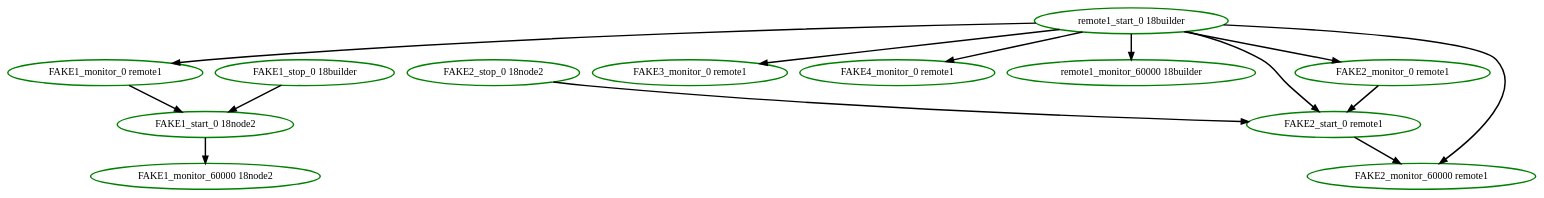
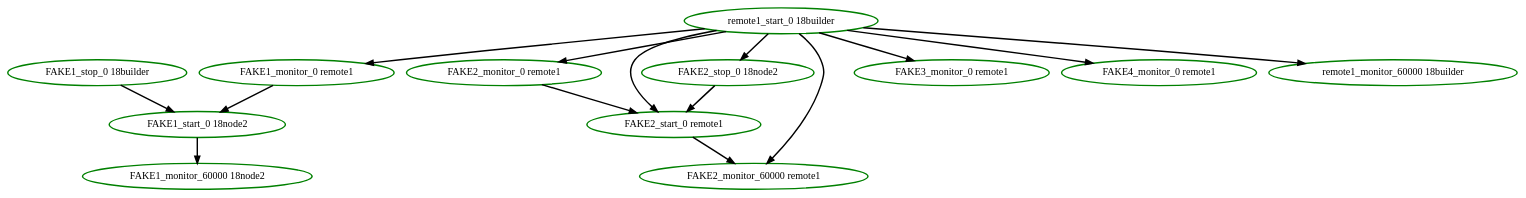
The diagram in cts/scheduler/remote-startup-probes.dot (ClusterLabs/pacemaker), drawn with Graphviz before and after one commit. The commit also changed 16 other files, not shown here.

```diff
--- a/cts/scheduler/remote-startup-probes.dot
+++ b/cts/scheduler/remote-startup-probes.dot
@@ -1,27 +1,28 @@
  digraph "g" {
 "FAKE1_monitor_0 remote1" -> "FAKE1_start_0 18node2" [ style = bold]
 "FAKE1_monitor_0 remote1" [ style=bold color="green" fontcolor="black"]
 "FAKE1_monitor_60000 18node2" [ style=bold color="green" fontcolor="black"]
 "FAKE1_start_0 18node2" -> "FAKE1_monitor_60000 18node2" [ style = bold]
 "FAKE1_start_0 18node2" [ style=bold color="green" fontcolor="black"]
 "FAKE1_stop_0 18builder" -> "FAKE1_start_0 18node2" [ style = bold]
 "FAKE1_stop_0 18builder" [ style=bold color="green" fontcolor="black"]
 "FAKE2_monitor_0 remote1" -> "FAKE2_start_0 remote1" [ style = bold]
 "FAKE2_monitor_0 remote1" [ style=bold color="green" fontcolor="black"]
 "FAKE2_monitor_60000 remote1" [ style=bold color="green" fontcolor="black"]
 "FAKE2_start_0 remote1" -> "FAKE2_monitor_60000 remote1" [ style = bold]
 "FAKE2_start_0 remote1" [ style=bold color="green" fontcolor="black"]
 "FAKE2_stop_0 18node2" -> "FAKE2_start_0 remote1" [ style = bold]
 "FAKE2_stop_0 18node2" [ style=bold color="green" fontcolor="black"]
 "FAKE3_monitor_0 remote1" [ style=bold color="green" fontcolor="black"]
 "FAKE4_monitor_0 remote1" [ style=bold color="green" fontcolor="black"]
 "remote1_monitor_60000 18builder" [ style=bold color="green" fontcolor="black"]
 "remote1_start_0 18builder" -> "FAKE1_monitor_0 remote1" [ style = bold]
 "remote1_start_0 18builder" -> "FAKE2_monitor_0 remote1" [ style = bold]
 "remote1_start_0 18builder" -> "FAKE2_monitor_60000 remote1" [ style = bold]
 "remote1_start_0 18builder" -> "FAKE2_start_0 remote1" [ style = bold]
+"remote1_start_0 18builder" -> "FAKE2_stop_0 18node2" [ style = bold]
 "remote1_start_0 18builder" -> "FAKE3_monitor_0 remote1" [ style = bold]
 "remote1_start_0 18builder" -> "FAKE4_monitor_0 remote1" [ style = bold]
 "remote1_start_0 18builder" -> "remote1_monitor_60000 18builder" [ style = bold]
 "remote1_start_0 18builder" [ style=bold color="green" fontcolor="black"]
 }
```
